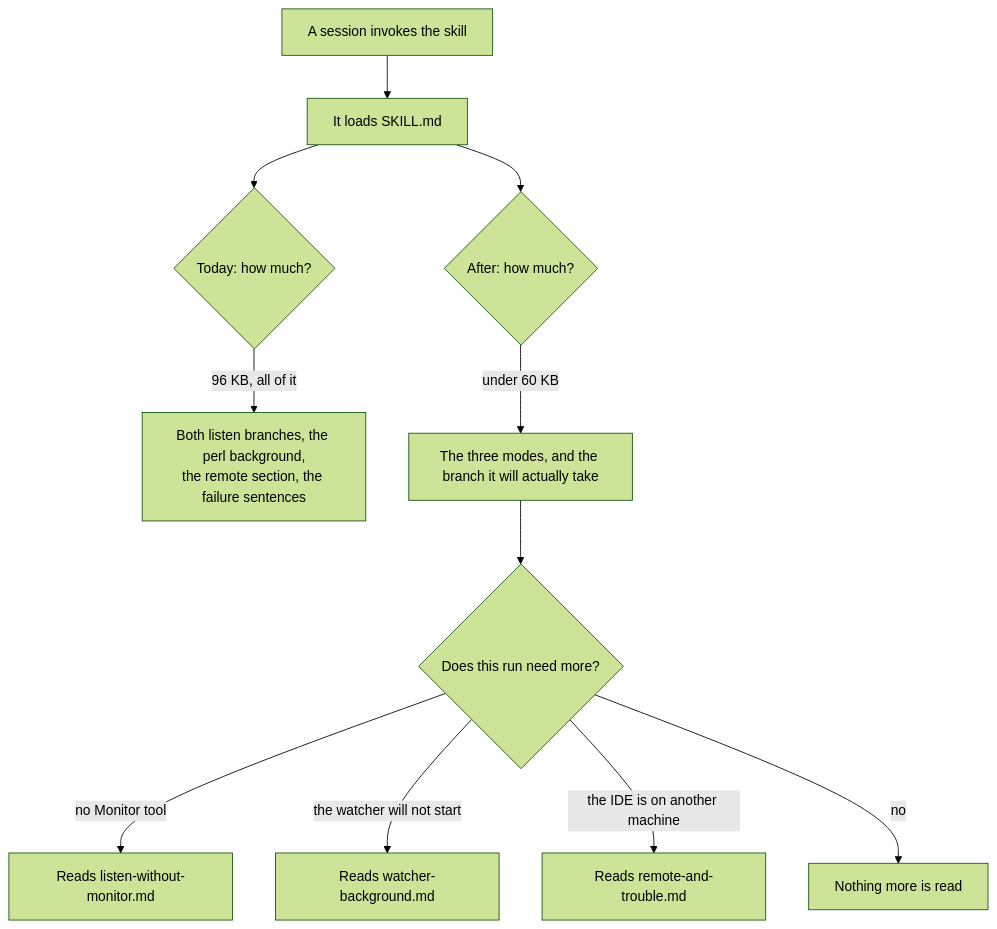
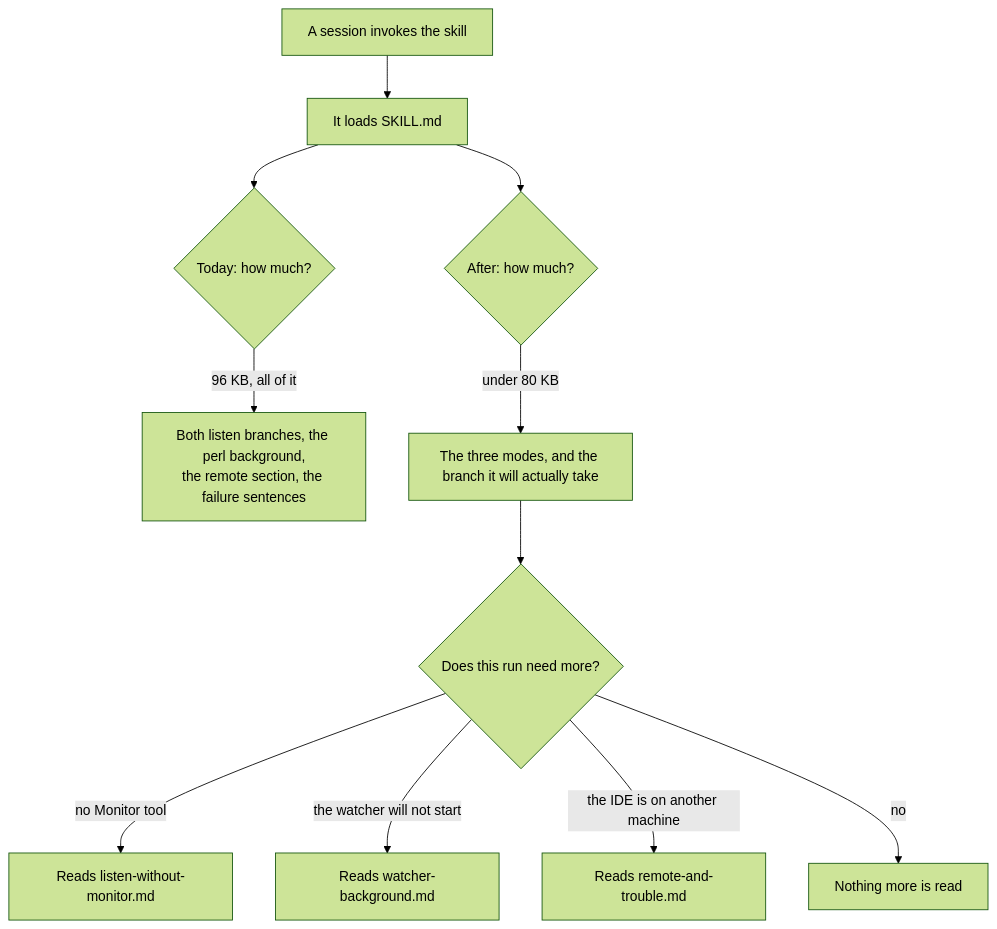
One commit to p4elkin/claude-remarks changed the diagram in docs/plans/20260808-claude-remarks-skill-slimming.md. Above: the diagram before and after it, drawn with Mermaid (forest theme). The commit also changed other lines of this file and 2 other files, not shown here.

````diff
--- a/docs/plans/20260808-claude-remarks-skill-slimming.md
+++ b/docs/plans/20260808-claude-remarks-skill-slimming.md
@@ -37,14 +39,14 @@
 ```mermaid
 flowchart TD
     invoke["A session invokes the skill"] --> md["It loads SKILL.md"]
     md --> today{"Today: how much?"}
     today -->|"96 KB, all of it"| both["Both listen branches, the perl background,<br>the remote section, the failure sentences"]
 
     md --> after{"After: how much?"}
-    after -->|"under 60 KB"| core["The three modes, and the branch it will actually take"]
+    after -->|"under 80 KB"| core["The three modes, and the branch it will actually take"]
     core --> need{"Does this run need more?"}
     need -->|"no Monitor tool"| f1["Reads listen-without-monitor.md"]
     need -->|"the watcher will not start"| f2["Reads watcher-background.md"]
     need -->|"the IDE is on another machine"| f3["Reads remote-and-trouble.md"]
     need -->|"no"| done["Nothing more is read"]
 ```
````
